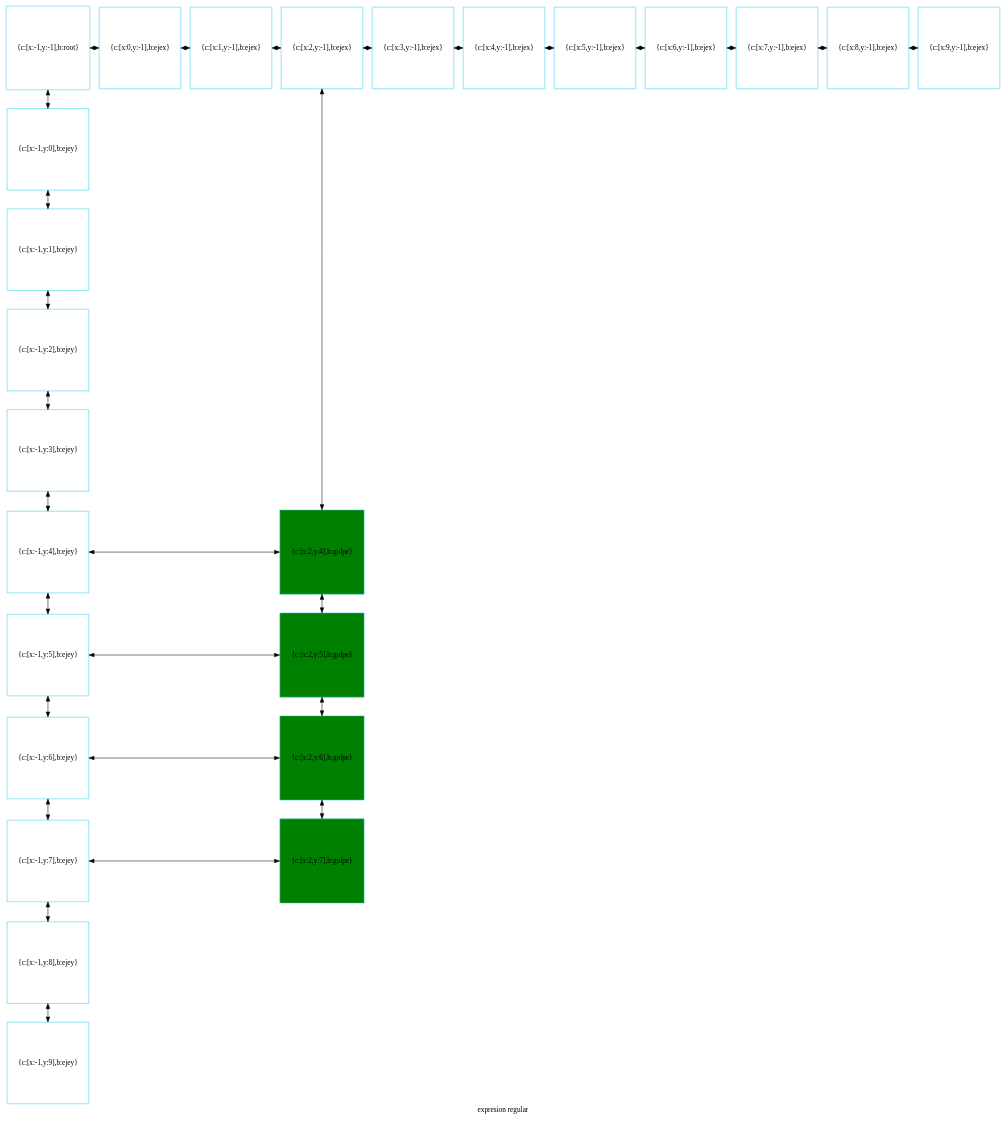
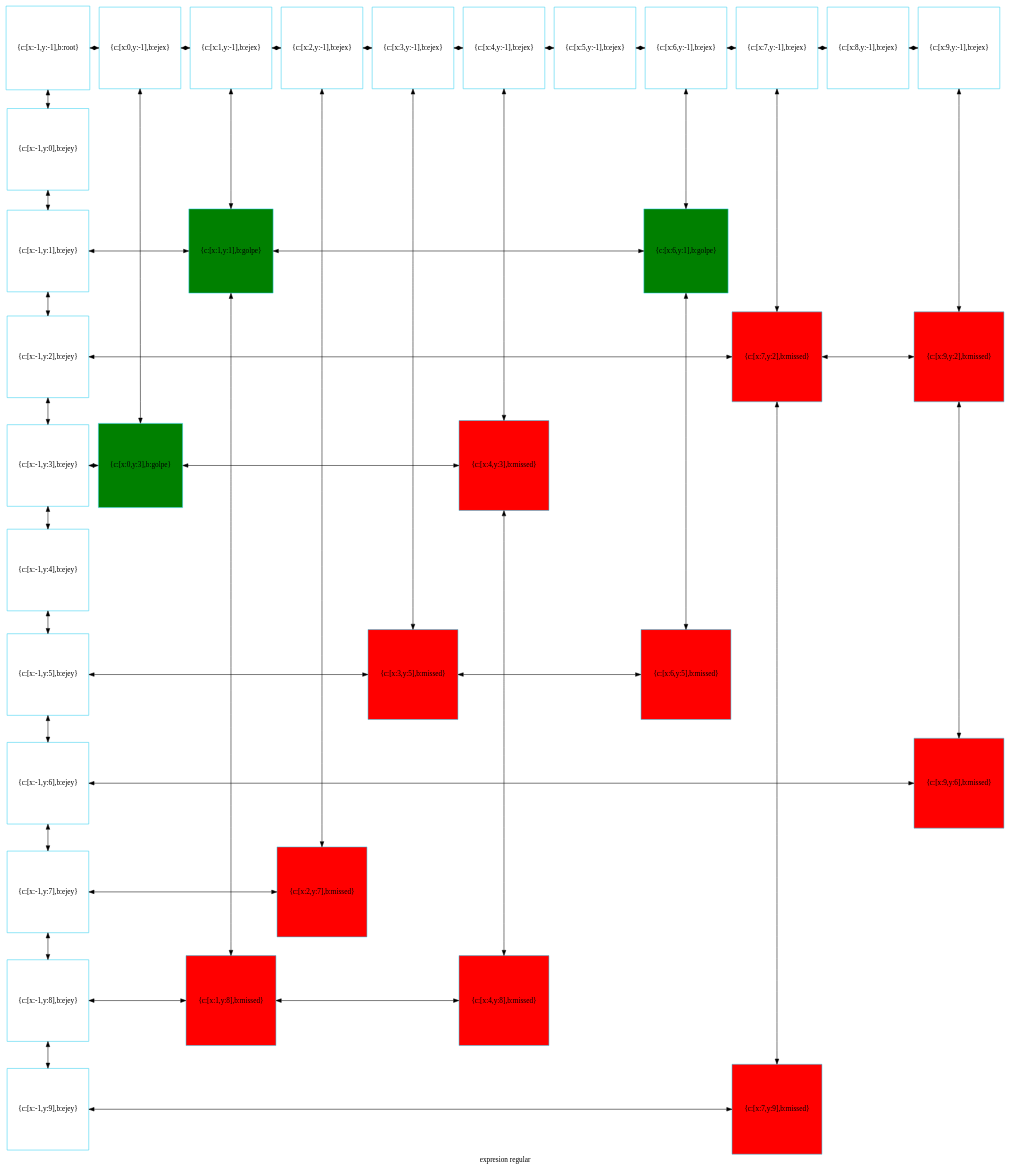
One commit to betebetoven/EDDS2F2 changed the diagram in disp_jug.dot. Above: the diagram before and after it, drawn with Graphviz. The commit also changed 21 other files, not shown here.

```diff
--- a/disp_jug.dot
+++ b/disp_jug.dot
@@ -1,73 +1,100 @@
 digraph G
 {label="expresion regular"
         node[shape = square]
         node[style = filled]
         node[fillcolor = "#EEEEE"]
         node[color = "#EEEEE"]
         node[color = "#31CEF0"]
 
-1075654660160[label="{c:[x:-1,y:-1],b:root}",fillcolor = "white"]
-1075654660304[label="{c:[x:0,y:-1],b:ejex}",fillcolor = "white"]
-1075654660448[label="{c:[x:1,y:-1],b:ejex}",fillcolor = "white"]
-1075654660592[label="{c:[x:2,y:-1],b:ejex}",fillcolor = "white"]
-1075654660736[label="{c:[x:3,y:-1],b:ejex}",fillcolor = "white"]
-1075654660880[label="{c:[x:4,y:-1],b:ejex}",fillcolor = "white"]
-1075654661024[label="{c:[x:5,y:-1],b:ejex}",fillcolor = "white"]
-1075654661168[label="{c:[x:6,y:-1],b:ejex}",fillcolor = "white"]
-1075654661312[label="{c:[x:7,y:-1],b:ejex}",fillcolor = "white"]
-1075654661456[label="{c:[x:8,y:-1],b:ejex}",fillcolor = "white"]
-1075654661600[label="{c:[x:9,y:-1],b:ejex}",fillcolor = "white"]
-1075654661744[label="{c:[x:-1,y:0],b:ejey}",fillcolor = "white"]
-1075654661888[label="{c:[x:-1,y:1],b:ejey}",fillcolor = "white"]
-1075654662032[label="{c:[x:-1,y:2],b:ejey}",fillcolor = "white"]
-1075654662176[label="{c:[x:-1,y:3],b:ejey}",fillcolor = "white"]
-1075654662320[label="{c:[x:-1,y:4],b:ejey}",fillcolor = "white"]
-1075654599152[label="{c:[x:2,y:4],b:golpe}",fillcolor = "green"]
-1075654662464[label="{c:[x:-1,y:5],b:ejey}",fillcolor = "white"]
-1075654599488[label="{c:[x:2,y:5],b:golpe}",fillcolor = "green"]
-1075654662608[label="{c:[x:-1,y:6],b:ejey}",fillcolor = "white"]
-1075654599824[label="{c:[x:2,y:6],b:golpe}",fillcolor = "green"]
-1075654662752[label="{c:[x:-1,y:7],b:ejey}",fillcolor = "white"]
-1075654600160[label="{c:[x:2,y:7],b:golpe}",fillcolor = "green"]
-1075654662896[label="{c:[x:-1,y:8],b:ejey}",fillcolor = "white"]
-1075654663040[label="{c:[x:-1,y:9],b:ejey}",fillcolor = "white"]
-1075654660160->1075654661744[dir = both];
-1075654661744->1075654661888[dir = both];
-1075654661888->1075654662032[dir = both];
-1075654662032->1075654662176[dir = both];
-1075654662176->1075654662320[dir = both];
-1075654662320->1075654662464[dir = both];
-1075654662464->1075654662608[dir = both];
-1075654662608->1075654662752[dir = both];
-1075654662752->1075654662896[dir = both];
-1075654662896->1075654663040[dir = both];
-1075654660592->1075654599152[dir = both];
-1075654599152->1075654599488[dir = both];
-1075654599488->1075654599824[dir = both];
-1075654599824->1075654600160[dir = both];
-1075654660160->1075654660304[dir = both];
-1075654660304->1075654660448[dir = both];
-1075654660448->1075654660592[dir = both];
-1075654660592->1075654660736[dir = both];
-1075654660736->1075654660880[dir = both];
-1075654660880->1075654661024[dir = both];
-1075654661024->1075654661168[dir = both];
-1075654661168->1075654661312[dir = both];
-1075654661312->1075654661456[dir = both];
-1075654661456->1075654661600[dir = both];
-1075654662320->1075654599152[constraint=false,dir = both];
-1075654662464->1075654599488[constraint=false,dir = both];
-1075654662608->1075654599824[constraint=false,dir = both];
-1075654662752->1075654600160[constraint=false,dir = both];
- {rank=same; 1075654660160;1075654660304;1075654660448;1075654660592;1075654660736;1075654660880;1075654661024;1075654661168;1075654661312;1075654661456;1075654661600;}
- {rank=same; 1075654661744;}
- {rank=same; 1075654661888;}
- {rank=same; 1075654662032;}
- {rank=same; 1075654662176;}
- {rank=same; 1075654662320;1075654599152;}
- {rank=same; 1075654662464;1075654599488;}
- {rank=same; 1075654662608;1075654599824;}
- {rank=same; 1075654662752;1075654600160;}
- {rank=same; 1075654662896;}
- {rank=same; 1075654663040;}
+101351569536[label="{c:[x:-1,y:-1],b:root}",fillcolor = "white"]
+101351569680[label="{c:[x:0,y:-1],b:ejex}",fillcolor = "white"]
+101351569824[label="{c:[x:1,y:-1],b:ejex}",fillcolor = "white"]
+101351569968[label="{c:[x:2,y:-1],b:ejex}",fillcolor = "white"]
+101351570112[label="{c:[x:3,y:-1],b:ejex}",fillcolor = "white"]
+101351570256[label="{c:[x:4,y:-1],b:ejex}",fillcolor = "white"]
+101351570400[label="{c:[x:5,y:-1],b:ejex}",fillcolor = "white"]
+101351570544[label="{c:[x:6,y:-1],b:ejex}",fillcolor = "white"]
+101351570688[label="{c:[x:7,y:-1],b:ejex}",fillcolor = "white"]
+101351570832[label="{c:[x:8,y:-1],b:ejex}",fillcolor = "white"]
+101351570976[label="{c:[x:9,y:-1],b:ejex}",fillcolor = "white"]
+101351571120[label="{c:[x:-1,y:0],b:ejey}",fillcolor = "white"]
+101351571264[label="{c:[x:-1,y:1],b:ejey}",fillcolor = "white"]
+101351530560[label="{c:[x:1,y:1],b:golpe}",fillcolor = "green"]
+101351518416[label="{c:[x:6,y:1],b:golpe}",fillcolor = "green"]
+101351571408[label="{c:[x:-1,y:2],b:ejey}",fillcolor = "white"]
+101329606592[label="{c:[x:7,y:2],b:missed}",fillcolor = "red"]
+101329607360[label="{c:[x:9,y:2],b:missed}",fillcolor = "red"]
+101351583904[label="{c:[x:-1,y:3],b:ejey}",fillcolor = "white"]
+101351520432[label="{c:[x:0,y:3],b:golpe}",fillcolor = "green"]
+101329605392[label="{c:[x:4,y:3],b:missed}",fillcolor = "red"]
+101351584048[label="{c:[x:-1,y:4],b:ejey}",fillcolor = "white"]
+101351584192[label="{c:[x:-1,y:5],b:ejey}",fillcolor = "white"]
+101329604960[label="{c:[x:3,y:5],b:missed}",fillcolor = "red"]
+101329606160[label="{c:[x:6,y:5],b:missed}",fillcolor = "red"]
+101351584336[label="{c:[x:-1,y:6],b:ejey}",fillcolor = "white"]
+101329607600[label="{c:[x:9,y:6],b:missed}",fillcolor = "red"]
+101351584480[label="{c:[x:-1,y:7],b:ejey}",fillcolor = "white"]
+101351661424[label="{c:[x:2,y:7],b:missed}",fillcolor = "red"]
+101351584624[label="{c:[x:-1,y:8],b:ejey}",fillcolor = "white"]
+101351660944[label="{c:[x:1,y:8],b:missed}",fillcolor = "red"]
+101329605632[label="{c:[x:4,y:8],b:missed}",fillcolor = "red"]
+101351584768[label="{c:[x:-1,y:9],b:ejey}",fillcolor = "white"]
+101329606832[label="{c:[x:7,y:9],b:missed}",fillcolor = "red"]
+101351569536->101351571120[dir = both];
+101351571120->101351571264[dir = both];
+101351571264->101351571408[dir = both];
+101351571408->101351583904[dir = both];
+101351583904->101351584048[dir = both];
+101351584048->101351584192[dir = both];
+101351584192->101351584336[dir = both];
+101351584336->101351584480[dir = both];
+101351584480->101351584624[dir = both];
+101351584624->101351584768[dir = both];
+101351569680->101351520432[dir = both];
+101351569824->101351530560[dir = both];
+101351530560->101351660944[dir = both];
+101351569968->101351661424[dir = both];
+101351570112->101329604960[dir = both];
+101351570256->101329605392[dir = both];
+101329605392->101329605632[dir = both];
+101351570544->101351518416[dir = both];
+101351518416->101329606160[dir = both];
+101351570688->101329606592[dir = both];
+101329606592->101329606832[dir = both];
+101351570976->101329607360[dir = both];
+101329607360->101329607600[dir = both];
+101351569536->101351569680[dir = both];
+101351569680->101351569824[dir = both];
+101351569824->101351569968[dir = both];
+101351569968->101351570112[dir = both];
+101351570112->101351570256[dir = both];
+101351570256->101351570400[dir = both];
+101351570400->101351570544[dir = both];
+101351570544->101351570688[dir = both];
+101351570688->101351570832[dir = both];
+101351570832->101351570976[dir = both];
+101351571264->101351530560[constraint=false,dir = both];
+101351530560->101351518416[constraint=false,dir = both];
+101351571408->101329606592[constraint=false,dir = both];
+101329606592->101329607360[constraint=false,dir = both];
+101351583904->101351520432[constraint=false,dir = both];
+101351520432->101329605392[constraint=false,dir = both];
+101351584192->101329604960[constraint=false,dir = both];
+101329604960->101329606160[constraint=false,dir = both];
+101351584336->101329607600[constraint=false,dir = both];
+101351584480->101351661424[constraint=false,dir = both];
+101351584624->101351660944[constraint=false,dir = both];
+101351660944->101329605632[constraint=false,dir = both];
+101351584768->101329606832[constraint=false,dir = both];
+ {rank=same; 101351569536;101351569680;101351569824;101351569968;101351570112;101351570256;101351570400;101351570544;101351570688;101351570832;101351570976;}
+ {rank=same; 101351571120;}
+ {rank=same; 101351571264;101351530560;101351518416;}
+ {rank=same; 101351571408;101329606592;101329607360;}
+ {rank=same; 101351583904;101351520432;101329605392;}
+ {rank=same; 101351584048;}
+ {rank=same; 101351584192;101329604960;101329606160;}
+ {rank=same; 101351584336;101329607600;}
+ {rank=same; 101351584480;101351661424;}
+ {rank=same; 101351584624;101351660944;101329605632;}
+ {rank=same; 101351584768;101329606832;}
 }
```
